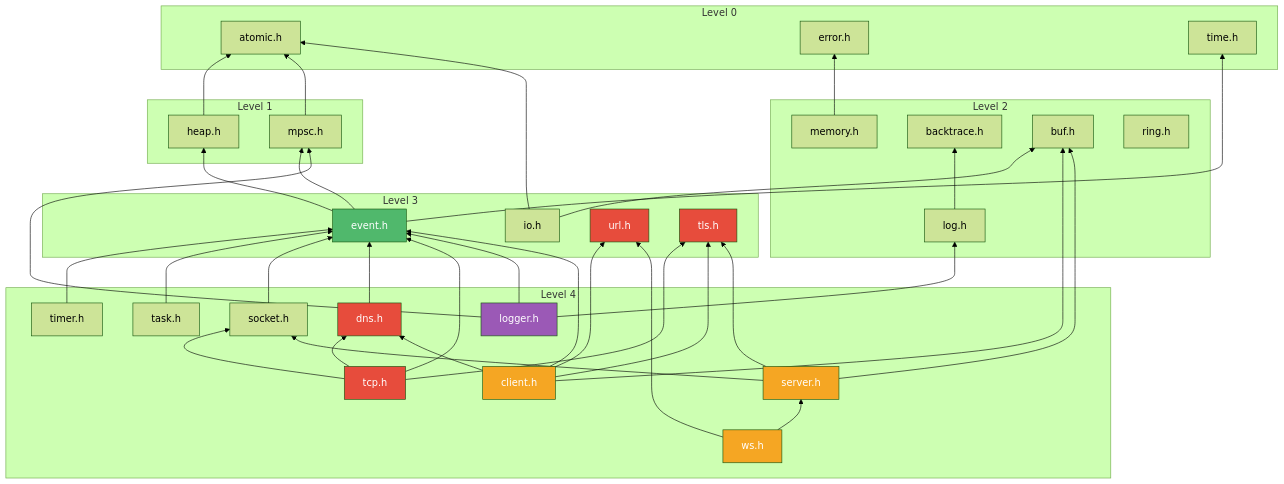
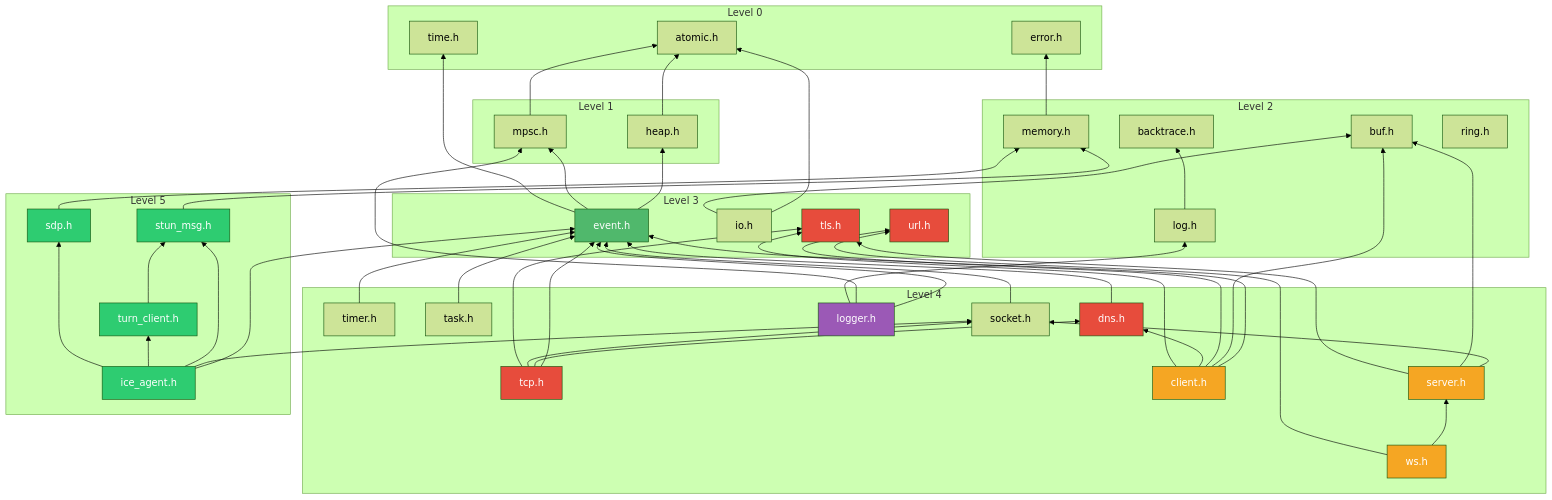
The second of 2 diagrams in docs/README.md (mivinci/DownloadKit), drawn with Mermaid (forest theme) before and after one commit. The commit also changed other lines of this file and 5 other files, not shown here.

````diff
--- a/docs/README.md
+++ b/docs/README.md
@@ -201,6 +223,13 @@
         WS["ws.h"]
     end
 
+    subgraph "Level 5"
+        ICE_AGENT["ice_agent.h"]
+        STUN_MSG["stun_msg.h"]
+        TURN_CLIENT["turn_client.h"]
+        SDP_["sdp.h"]
+    end
+
     HEAP --> ATOMIC
     MPSC --> ATOMIC
     MEMORY --> ERROR
@@ -231,6 +260,14 @@
     SERVER --> TLS_CONF
     WS --> SERVER
     WS --> URL
+    ICE_AGENT --> EVENT
+    ICE_AGENT --> SOCKET
+    ICE_AGENT --> STUN_MSG
+    ICE_AGENT --> TURN_CLIENT
+    ICE_AGENT --> SDP_
+    STUN_MSG --> MEMORY
+    TURN_CLIENT --> STUN_MSG
+    SDP_ --> MEMORY
 
     style EVENT fill:#50b86c,color:#fff
     style URL fill:#e74c3c,color:#fff
@@ -241,4 +278,8 @@
     style SERVER fill:#f5a623,color:#fff
     style WS fill:#f5a623,color:#fff
     style LOGGER fill:#9b59b6,color:#fff
+    style ICE_AGENT fill:#2ecc71,color:#fff
+    style STUN_MSG fill:#2ecc71,color:#fff
+    style TURN_CLIENT fill:#2ecc71,color:#fff
+    style SDP_ fill:#2ecc71,color:#fff
 ```
````
